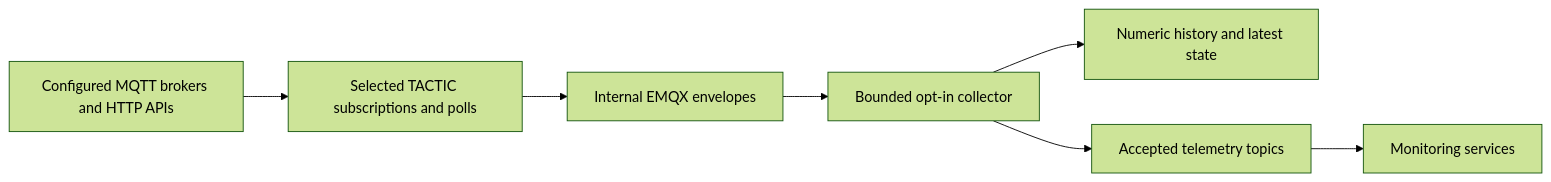
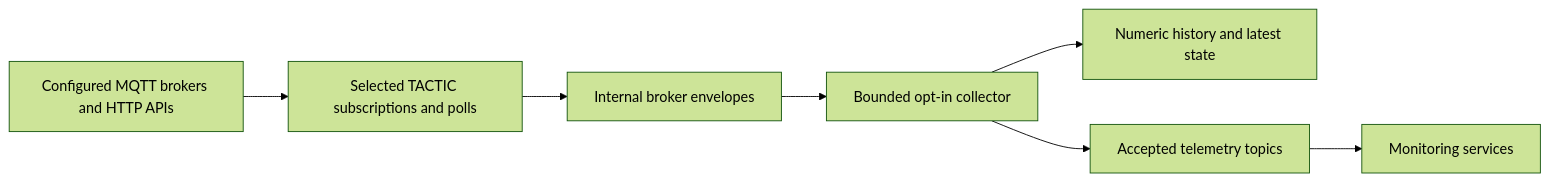
The diagram in docs/operations/system-collection.md (DataDrivenSustainabilitySolutions/off-key), drawn with Mermaid (forest theme) before and after one commit. The commit also changed other lines of this file and 14 other files, not shown here.

First line of the commit message:
Document the internal Mosquitto broker, its move and rollback

````diff
--- a/docs/operations/system-collection.md
+++ b/docs/operations/system-collection.md
@@ -12,9 +12,9 @@
 ```mermaid
 flowchart LR
   B[Configured MQTT brokers and HTTP APIs] --> I[Selected TACTIC subscriptions and polls]
-  I --> E[Internal EMQX envelopes]
+  I --> E[Internal broker envelopes]
   E --> C[Bounded opt-in collector]
   C --> H[Numeric history and latest state]
   C --> R[Accepted telemetry topics]
   R --> M[Monitoring services]
 ```
````
